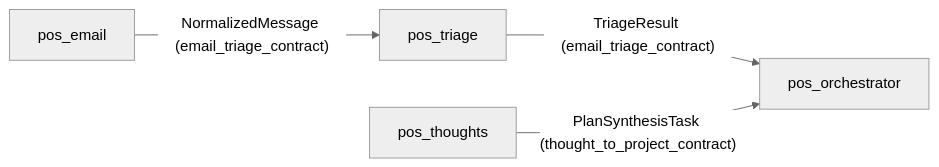
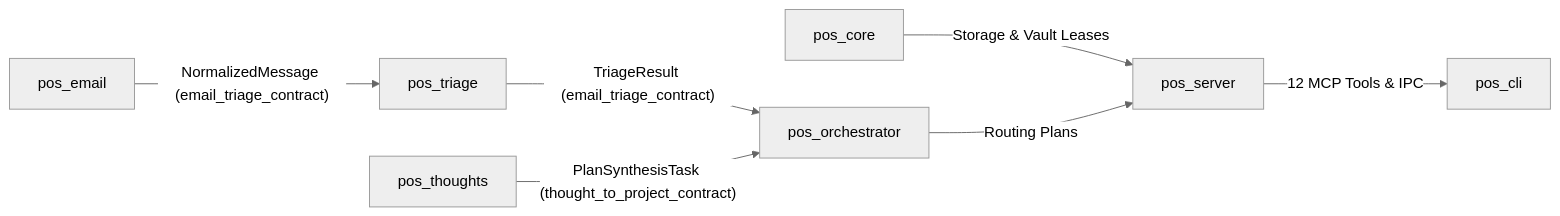
One commit to lakhwindersingh/nb_antwalk changed the diagram in workplace/docs/module_catalog.md. Above: the diagram before and after it, drawn with Mermaid (neutral theme). The commit also changed other lines of this file and 39 other files, not shown here.

````diff
--- a/workplace/docs/module_catalog.md
+++ b/workplace/docs/module_catalog.md
@@ -22,6 +25,9 @@
 ```mermaid
 flowchart LR
     E["pos_email"] -->|"NormalizedMessage (email_triage_contract)"| T["pos_triage"]
     T -->|"TriageResult (email_triage_contract)"| O["pos_orchestrator"]
     TH["pos_thoughts"] -->|"PlanSynthesisTask (thought_to_project_contract)"| O
+    C["pos_core"] -->|"Storage & Vault Leases"| S["pos_server"]
+    O -->|"Routing Plans"| S
+    S -->|"12 MCP Tools & IPC"| CLI["pos_cli"]
 ```
````
